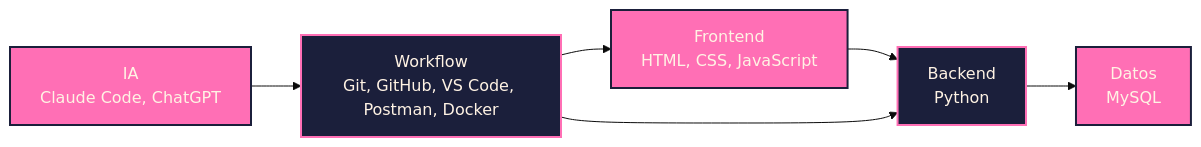
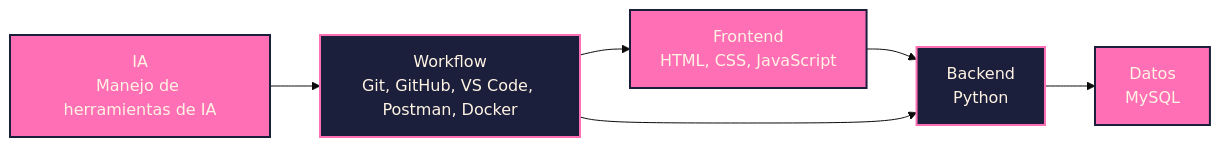
One commit to ArrivillagaDAS/ArrivillagaDAS changed the diagram in README.md. Above: the diagram before and after it, drawn with Mermaid (base theme). The commit also changed other lines of this file, not shown here.

Commit message:
docs: describe la línea de IA sin nombrar herramientas

````diff
--- a/README.md
+++ b/README.md
@@ -75,13 +75,13 @@
 ```mermaid
 flowchart LR
   A["Frontend<br/>HTML, CSS, JavaScript"] --> B["Backend<br/>Python"]
   B --> C["Datos<br/>MySQL"]
   D["Workflow<br/>Git, GitHub, VS Code, Postman, Docker"] --> A
   D --> B
-  E["IA<br/>Claude Code, ChatGPT"] --> D
+  E["IA<br/>Manejo de herramientas de IA"] --> D
 
   classDef rosa fill:#FF6FB5,stroke:#1B1F3B,stroke-width:2px,color:#FFF3E4;
   classDef navy fill:#1B1F3B,stroke:#FF6FB5,stroke-width:2px,color:#FFF3E4;
   class A,C,E rosa;
   class B,D navy;
 ```
````
